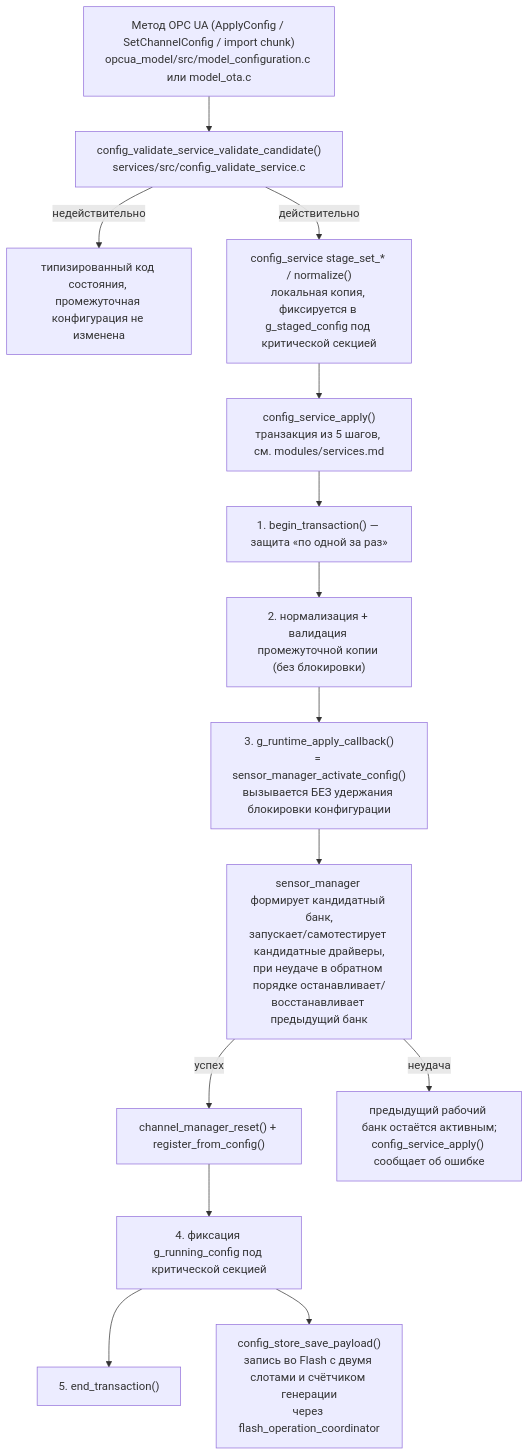
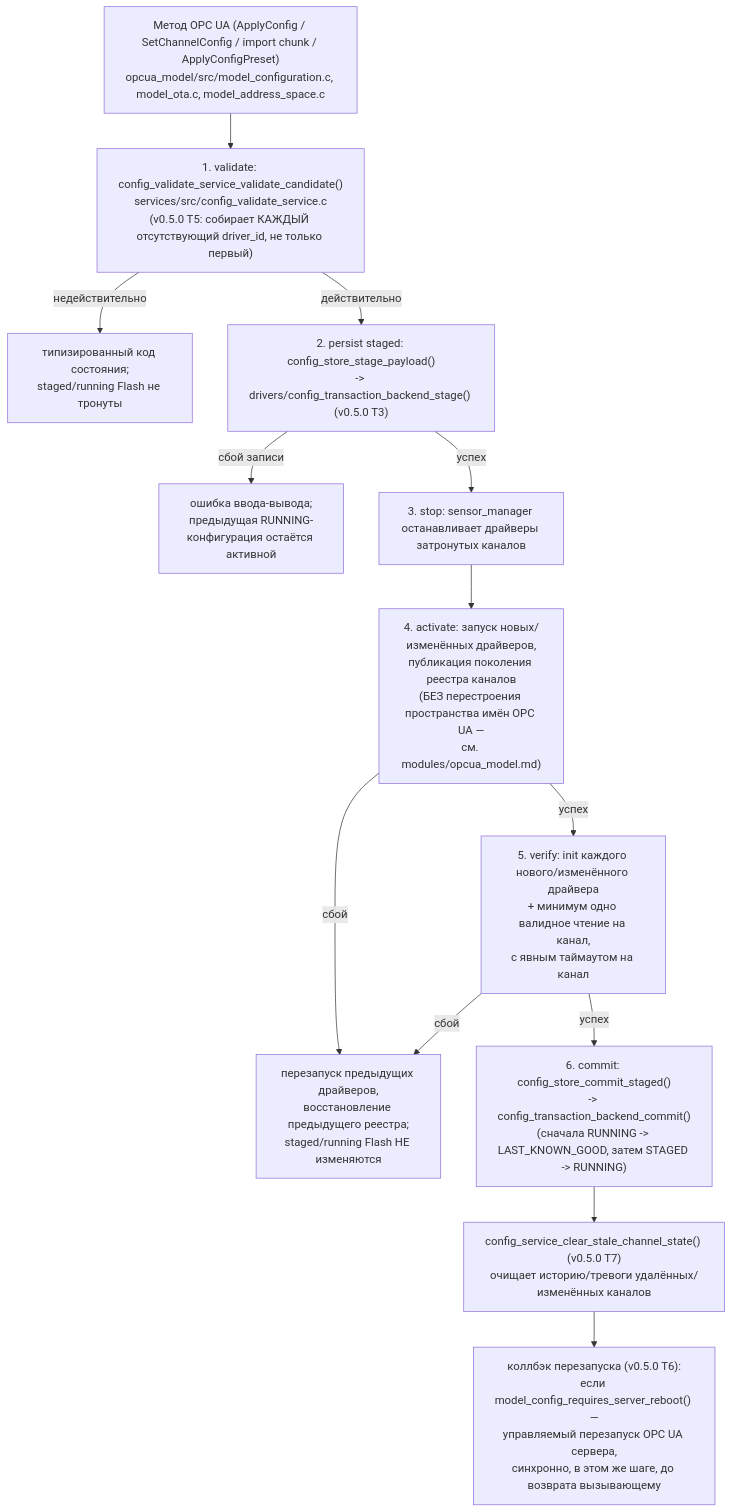
Before and after one commit to Maronari/RP2040_OPCUA_Server: the third of 4 diagrams in docs/code/runtime-flows.md, drawn with Mermaid. The commit also changed other lines of this file and 7 other files, not shown here.

First line of the commit message:
docs(code): correct docs/code/ architecture maps for the v0.5.0 config transaction backend

````diff
--- a/docs/code/runtime-flows.md
+++ b/docs/code/runtime-flows.md
@@ -63,16 +69,15 @@
 ```mermaid
 flowchart TD
-    Input["Метод OPC UA (ApplyConfig / SetChannelConfig / import chunk)<br/>opcua_model/src/model_configuration.c или model_ota.c"] --> Validate["config_validate_service_validate_candidate()<br/>services/src/config_validate_service.c"]
-    Validate -->|недействительно| Reject["типизированный код состояния, промежуточная конфигурация не изменена"]
-    Validate -->|действительно| Stage["config_service stage_set_* / normalize()<br/>локальная копия, фиксируется в g_staged_config под критической секцией"]
-    Stage --> Apply["config_service_apply()<br/>транзакция из 5 шагов, см. modules/services.md"]
-    Apply --> Begin["1. begin_transaction() — защита «по одной за раз»"]
-    Begin --> NormValidate["2. нормализация + валидация промежуточной копии (без блокировки)"]
-    NormValidate --> RuntimeApply["3. g_runtime_apply_callback()<br/>= sensor_manager_activate_config()<br/>вызывается БЕЗ удержания блокировки конфигурации"]
-    RuntimeApply --> Candidate["sensor_manager формирует кандидатный банк,<br/>запускает/самотестирует кандидатные драйверы,<br/>при неудаче в обратном порядке останавливает/восстанавливает предыдущий банк"]
-    Candidate -->|успех| Publish["channel_manager_reset() + register_from_config()"]
-    Candidate -->|неудача| RollbackRuntime["предыдущий рабочий банк остаётся активным;<br/>config_service_apply() сообщает об ошибке"]
-    Publish --> Commit["4. фиксация g_running_config под критической секцией"]
-    Commit --> End["5. end_transaction()"]
-    Commit --> Persist["config_store_save_payload()<br/>запись во Flash с двумя слотами и счётчиком генерации<br/>через flash_operation_coordinator"]
+    Input["Метод OPC UA (ApplyConfig / SetChannelConfig / import chunk / ApplyConfigPreset)<br/>opcua_model/src/model_configuration.c, model_ota.c, model_address_space.c"] --> Validate["1. validate: config_validate_service_validate_candidate()<br/>services/src/config_validate_service.c<br/>(v0.5.0 T5: собирает КАЖДЫЙ отсутствующий driver_id, не только первый)"]
+    Validate -->|недействительно| Reject["типизированный код состояния;<br/>staged/running Flash не тронуты"]
+    Validate -->|действительно| Persist["2. persist staged: config_store_stage_payload()<br/>-> drivers/config_transaction_backend_stage() (v0.5.0 T3)"]
+    Persist -->|сбой записи| RejectIO["ошибка ввода-вывода;<br/>предыдущая RUNNING-конфигурация остаётся активной"]
+    Persist -->|успех| Stop["3. stop: sensor_manager останавливает драйверы затронутых каналов"]
+    Stop --> Activate["4. activate: запуск новых/изменённых драйверов,<br/>публикация поколения реестра каналов<br/>(БЕЗ перестроения пространства имён OPC UA —<br/>см. modules/opcua_model.md)"]
+    Activate -->|сбой| RollbackDriver["перезапуск предыдущих драйверов,<br/>восстановление предыдущего реестра;<br/>staged/running Flash НЕ изменяются"]
+    Activate -->|успех| Verify["5. verify: init каждого нового/изменённого драйвера<br/>+ минимум одно валидное чтение на канал,<br/>с явным таймаутом на канал"]
+    Verify -->|сбой| RollbackDriver
+    Verify -->|успех| Commit["6. commit: config_store_commit_staged()<br/>-> config_transaction_backend_commit()<br/>(сначала RUNNING -> LAST_KNOWN_GOOD, затем STAGED -> RUNNING)"]
+    Commit --> ClearState["config_service_clear_stale_channel_state() (v0.5.0 T7)<br/>очищает историю/тревоги удалённых/изменённых каналов"]
+    ClearState --> Restart["коллбэк перезапуска (v0.5.0 T6):<br/>если model_config_requires_server_reboot() —<br/>управляемый перезапуск OPC UA сервера,<br/>синхронно, в этом же шаге, до возврата вызывающему"]
 ```
````
